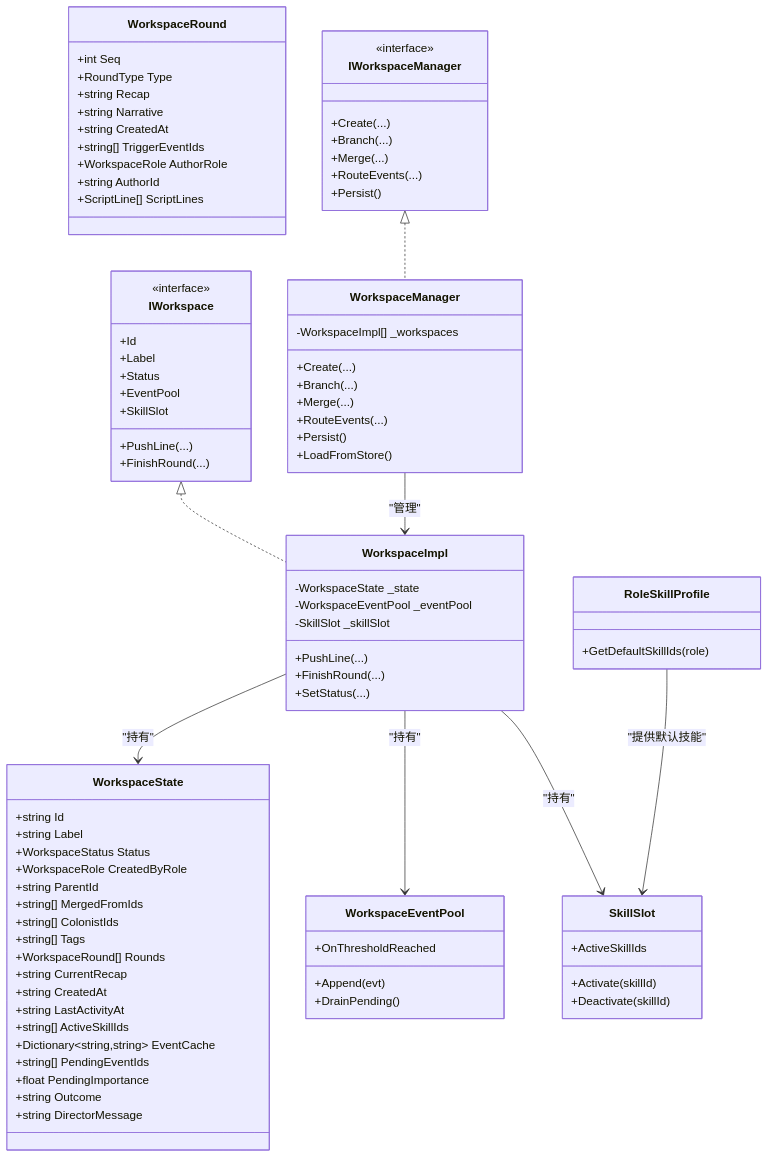
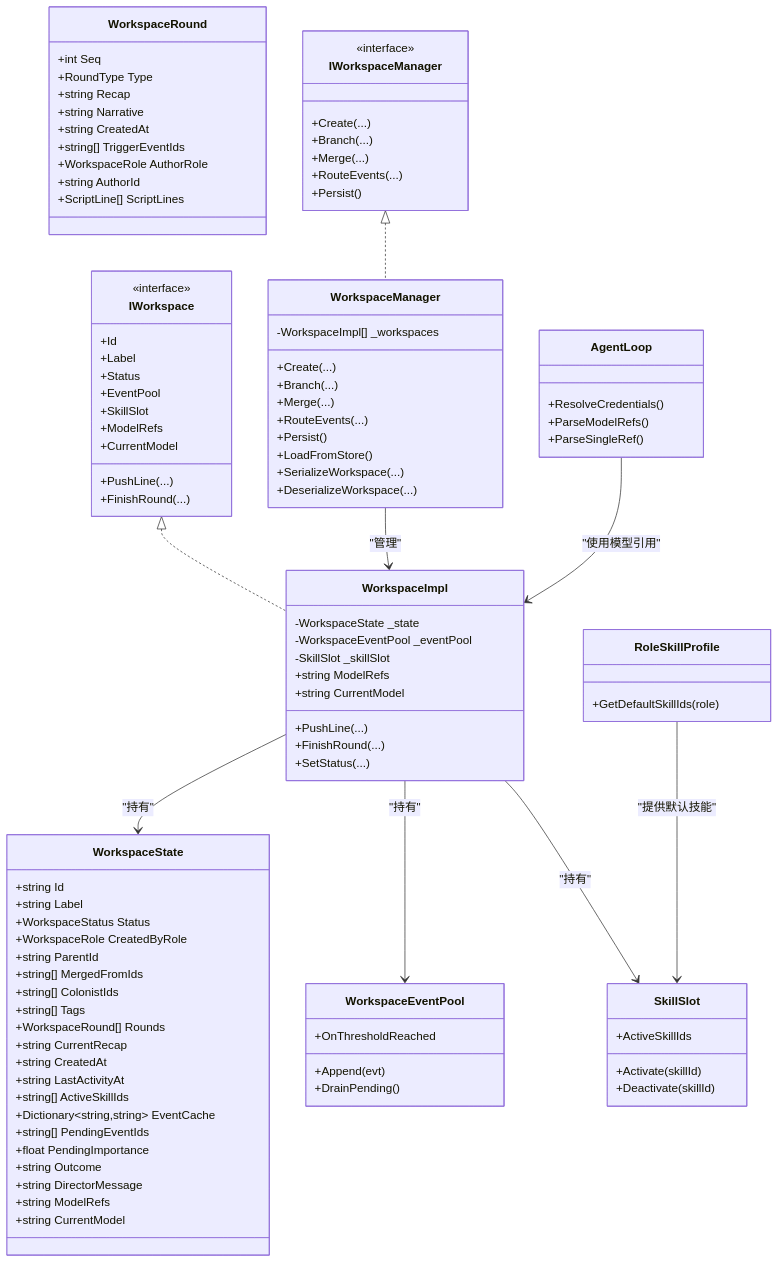
The second of 8 diagrams in .qoder/repowiki/zh/content/工作空间管理系统/工作空间状态管理.md (suzvka/NPCLife), drawn with Mermaid before and after one commit. The commit also changed other lines of this file and 11 other files, not shown here.

````diff
--- a/.qoder/repowiki/zh/content/工作空间管理系统/工作空间状态管理.md
+++ b/.qoder/repowiki/zh/content/工作空间管理系统/工作空间状态管理.md
@@ -146,6 +149,8 @@
 +float PendingImportance
 +string Outcome
 +string DirectorMessage
++string ModelRefs
++string CurrentModel
 }
 class WorkspaceRound {
 +int Seq
@@ -165,6 +170,8 @@
 +PushLine(...)
 +FinishRound(...)
 +SetStatus(...)
++string ModelRefs
++string CurrentModel
 }
 class WorkspaceManager {
 -WorkspaceImpl[] _workspaces
@@ -174,6 +181,8 @@
 +RouteEvents(...)
 +Persist()
 +LoadFromStore()
++SerializeWorkspace(...)
++DeserializeWorkspace(...)
 }
 class IWorkspace {
 <<interface>>
@@ -182,6 +191,8 @@
 +Status
 +EventPool
 +SkillSlot
++ModelRefs
++CurrentModel
 +PushLine(...)
 +FinishRound(...)
 }
@@ -206,6 +217,11 @@
 +DrainPending()
 +OnThresholdReached
 }
+class AgentLoop {
++ResolveCredentials()
++ParseModelRefs()
++ParseSingleRef()
+}
 IWorkspace <|.. WorkspaceImpl
 IWorkspaceManager <|.. WorkspaceManager
 WorkspaceImpl --> WorkspaceState : "持有"
@@ -213,4 +229,5 @@
 WorkspaceImpl --> SkillSlot : "持有"
 WorkspaceManager --> WorkspaceImpl : "管理"
 RoleSkillProfile --> SkillSlot : "提供默认技能"
+AgentLoop --> WorkspaceImpl : "使用模型引用"
 ```
````
